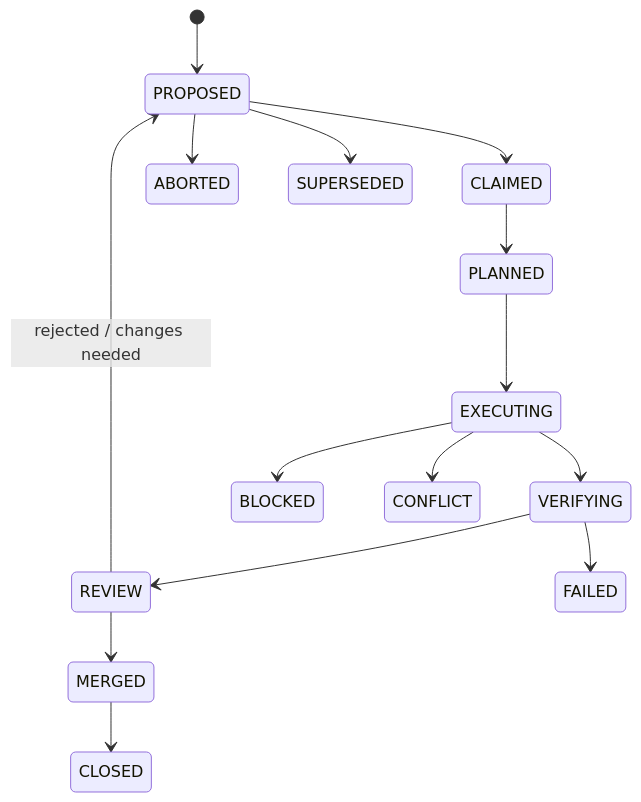
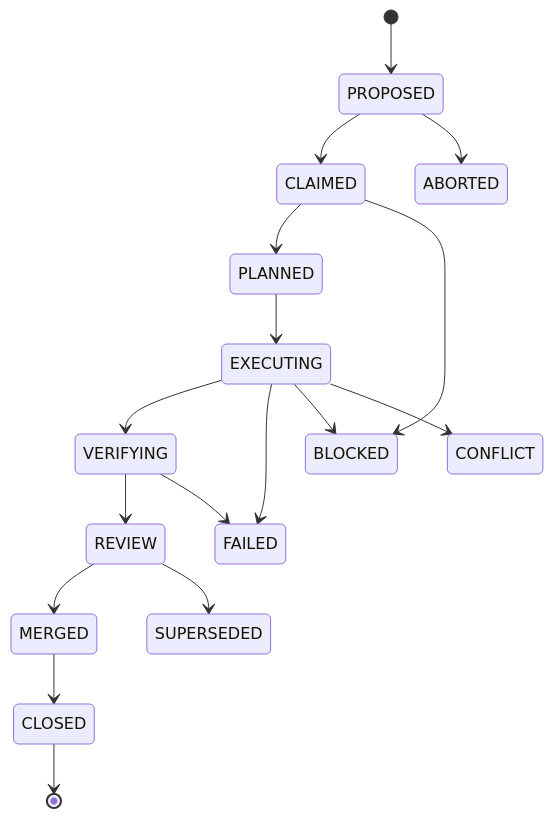
The diagram in sentrawiki/how-to-contribute/index.md (drferdii/Monorepo-safrs), drawn with Mermaid before and after one commit. The commit also changed other lines of this file and 34 other files, not shown here.

````diff
--- a/sentrawiki/how-to-contribute/index.md
+++ b/sentrawiki/how-to-contribute/index.md
@@ -11,17 +18,20 @@
 ```mermaid
 stateDiagram-v2
     [*] --> PROPOSED
     PROPOSED --> CLAIMED
     CLAIMED --> PLANNED
     PLANNED --> EXECUTING
     EXECUTING --> VERIFYING
     VERIFYING --> REVIEW
     REVIEW --> MERGED
     MERGED --> CLOSED
-    REVIEW --> PROPOSED: rejected / changes needed
+    CLOSED --> [*]
+
+    PROPOSED --> ABORTED
+    CLAIMED --> BLOCKED
+    EXECUTING --> FAILED
     EXECUTING --> BLOCKED
     EXECUTING --> CONFLICT
     VERIFYING --> FAILED
-    PROPOSED --> ABORTED
-    PROPOSED --> SUPERSEDED
+    REVIEW --> SUPERSEDED
 ```
````
